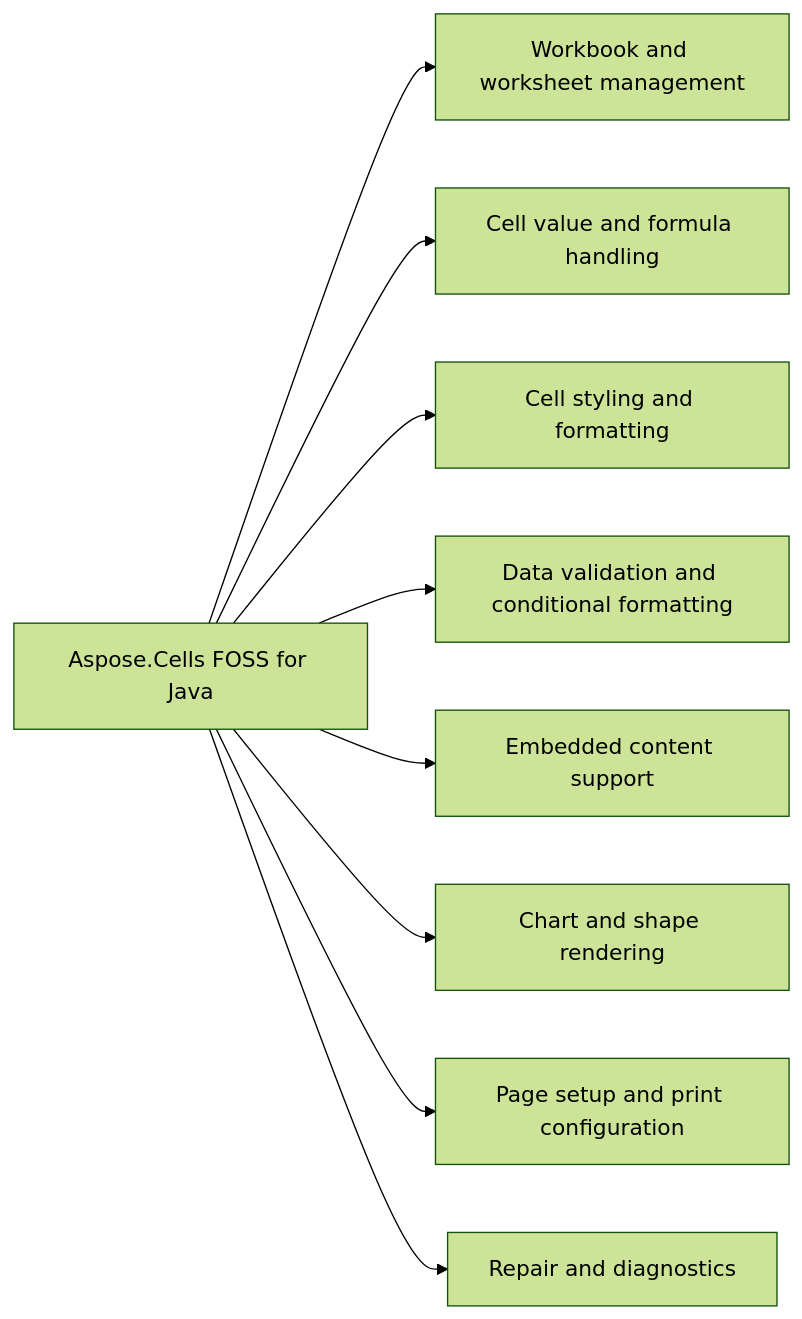
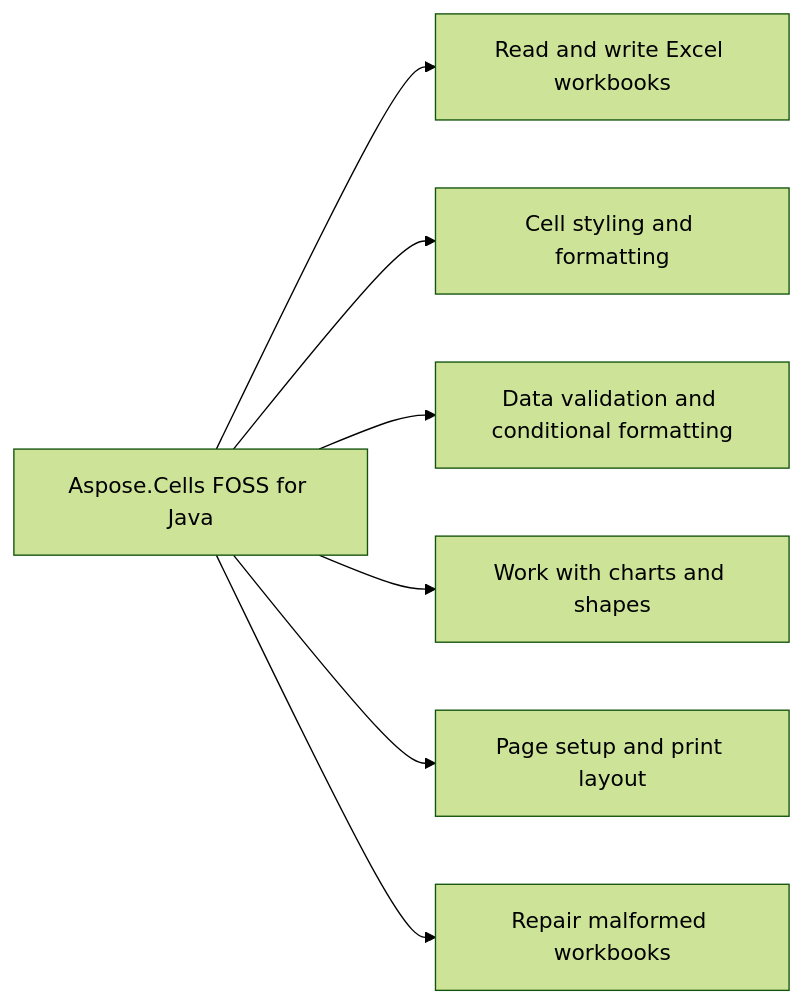
Before and after one commit to babar-raza/repo-presenter: the diagram in c65329e7257b1311abb9686d7e4957a8cc002955/README.md, drawn with Mermaid (forest theme). The commit also changed other lines of this file and 11 other files, not shown here.

Commit message:
bundle: aspose-cells-foss/Aspose.Cells-FOSS-for-Java lane R c65329e7257b1311abb9686d7e4957a8cc002955

````diff
--- a/c65329e7257b1311abb9686d7e4957a8cc002955/README.md
+++ b/c65329e7257b1311abb9686d7e4957a8cc002955/README.md
@@ -25,19 +33,15 @@
 ```mermaid
 flowchart LR
 Product["Aspose.Cells FOSS for Java"]
-Product["Aspose.Cells FOSS for Java"] --> Cap1["Workbook and worksheet management"]
-Cap2["Cell value and formula handling"]
-Cap3["Cell styling and formatting"]
-Cap4["Data validation and conditional formatting"]
-Cap5["Embedded content support"]
-Cap6["Chart and shape rendering"]
-Cap7["Page setup and print configuration"]
-Cap8["Repair and diagnostics"]
-Product["Aspose.Cells FOSS for Java"] --> Cap2["Cell value and formula handling"]
-Product["Aspose.Cells FOSS for Java"] --> Cap3["Cell styling and formatting"]
-Product["Aspose.Cells FOSS for Java"] --> Cap4["Data validation and conditional formatting"]
-Product["Aspose.Cells FOSS for Java"] --> Cap5["Embedded content support"]
-Product["Aspose.Cells FOSS for Java"] --> Cap6["Chart and shape rendering"]
-Product["Aspose.Cells FOSS for Java"] --> Cap7["Page setup and print configuration"]
-Product["Aspose.Cells FOSS for Java"] --> Cap8["Repair and diagnostics"]
+Product["Aspose.Cells FOSS for Java"] --> Cap1["Read and write Excel workbooks"]
+Cap2["Cell styling and formatting"]
+Cap3["Data validation and conditional formatting"]
+Cap4["Work with charts and shapes"]
+Cap5["Page setup and print layout"]
+Cap6["Repair malformed workbooks"]
+Product["Aspose.Cells FOSS for Java"] --> Cap2["Cell styling and formatting"]
+Product["Aspose.Cells FOSS for Java"] --> Cap3["Data validation and conditional formatting"]
+Product["Aspose.Cells FOSS for Java"] --> Cap4["Work with charts and shapes"]
+Product["Aspose.Cells FOSS for Java"] --> Cap5["Page setup and print layout"]
+Product["Aspose.Cells FOSS for Java"] --> Cap6["Repair malformed workbooks"]
 ```
````
